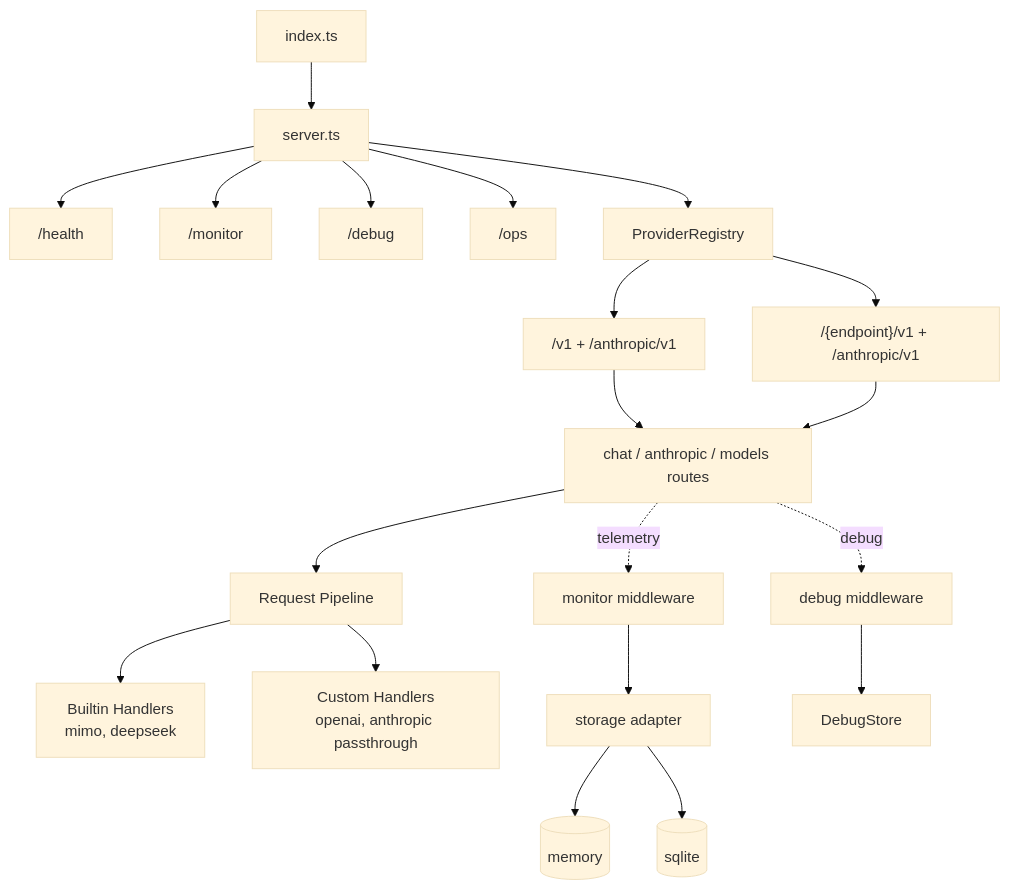
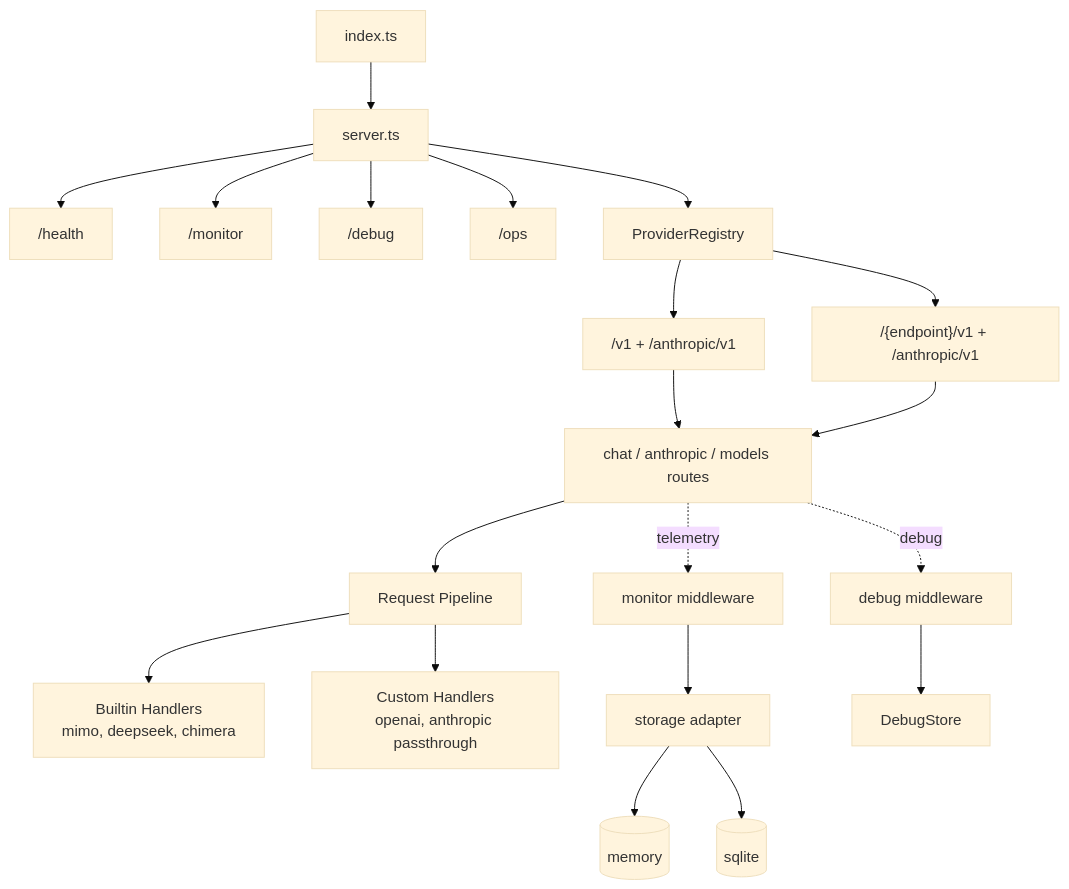
Before and after one commit to human07d0/Chimera: the diagram in ARCHITECTURE.md, drawn with Mermaid (base theme). The commit also changed other lines of this file and 11 other files, not shown here.

````diff
--- a/ARCHITECTURE.md
+++ b/ARCHITECTURE.md
@@ -31,29 +31,29 @@
 ```mermaid
 flowchart TD
     IDX["index.ts"] --> SRV["server.ts"]
 
     SRV --> HEALTH["/health"]
     SRV --> MON["/monitor"]
     SRV --> DBG["/debug"]
     SRV --> OPS["/ops"]
 
     SRV --> REG["ProviderRegistry"]
 
     REG --> EP_STD["/v1 + /anthropic/v1"]
     REG --> EP_CUSTOM["/{endpoint}/v1 + /anthropic/v1"]
 
     EP_STD --> ROUTES["chat / anthropic / models routes"]
     EP_CUSTOM --> ROUTES
 
     ROUTES --> PIPE["Request Pipeline"]
-    PIPE --> BUILTIN["Builtin Handlers<br/>mimo, deepseek"]
+    PIPE --> BUILTIN["Builtin Handlers<br/>mimo, deepseek, chimera"]
     PIPE --> CUSTOM["Custom Handlers<br/>openai, anthropic passthrough"]
 
     ROUTES -. telemetry .-> MM["monitor middleware"]
     MM --> STORE["storage adapter"]
     STORE --> MEM[("memory")]
     STORE --> SQL[("sqlite")]
 
     ROUTES -. debug .-> DM["debug middleware"]
     DM --> DSTORE["DebugStore"]
 ```
````
